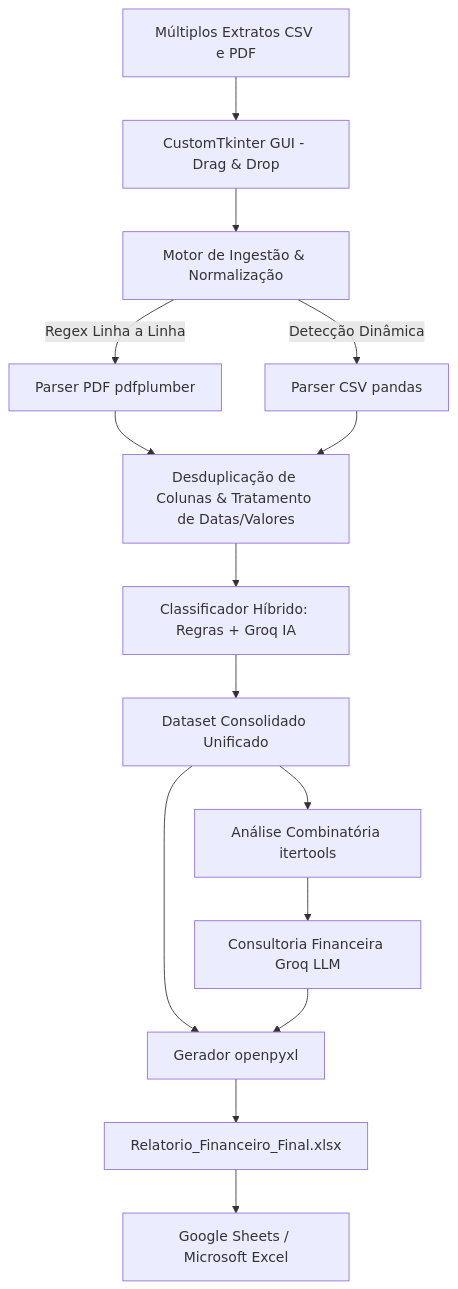
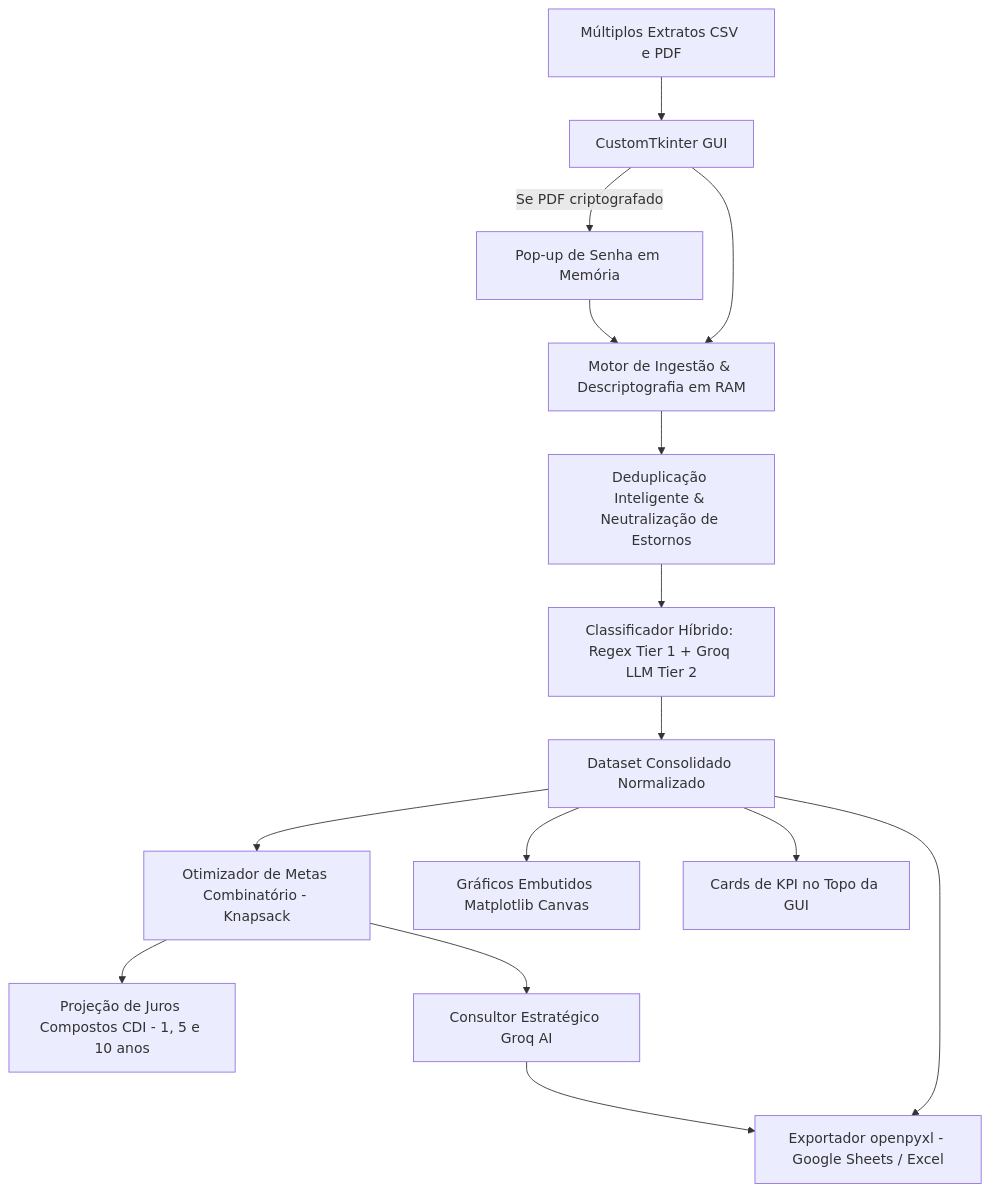
Before and after one commit to mmelquii-dev/FinPy: the diagram in README.md, drawn with Mermaid. The commit also changed other lines of this file and 6 other files, not shown here.

Commit message:
feat: adiciona extrator de pdf com senha em memoria, classificador hibrido, otimizador knapsack, projecao cdi, cards de kpi, graficos embutidos, pytest e docker

````diff
--- a/README.md
+++ b/README.md
@@ -56,17 +87,17 @@
 ```mermaid
 flowchart TD
-    A[Múltiplos Extratos CSV e PDF] --> B[CustomTkinter GUI - Drag & Drop]
-    B --> C[Motor de Ingestão & Normalização]
-    C -->|Regex Linha a Linha| D1[Parser PDF pdfplumber]
-    C -->|Detecção Dinâmica| D2[Parser CSV pandas]
-    D1 --> E[Desduplicação de Colunas & Tratamento de Datas/Valores]
-    D2 --> E
-    E --> F[Classificador Híbrido: Regras + Groq IA]
-    F --> G[Dataset Consolidado Unificado]
-    G --> H[Análise Combinatória itertools]
-    H --> I[Consultoria Financeira Groq LLM]
-    G --> J[Gerador openpyxl]
-    I --> J
-    J --> K[Relatorio_Financeiro_Final.xlsx]
-    K --> L[Google Sheets / Microsoft Excel]
+    A[Múltiplos Extratos CSV e PDF] --> B[CustomTkinter GUI]
+    B -->|Se PDF criptografado| B1[Pop-up de Senha em Memória]
+    B1 --> C[Motor de Ingestão & Descriptografia em RAM]
+    B --> C
+    C --> D[Deduplicação Inteligente & Neutralização de Estornos]
+    D --> E[Classificador Híbrido: Regex Tier 1 + Groq LLM Tier 2]
+    E --> F[Dataset Consolidado Normalizado]
+    F --> G[Otimizador de Metas Combinatório - Knapsack]
+    G --> H[Projeção de Juros Compostos CDI - 1, 5 e 10 anos]
+    G --> I[Consultor Estratégico Groq AI]
+    F --> J[Gráficos Embutidos Matplotlib Canvas]
+    F --> K[Cards de KPI no Topo da GUI]
+    F --> L[Exportador openpyxl - Google Sheets / Excel]
+    I --> L
 ```
````
